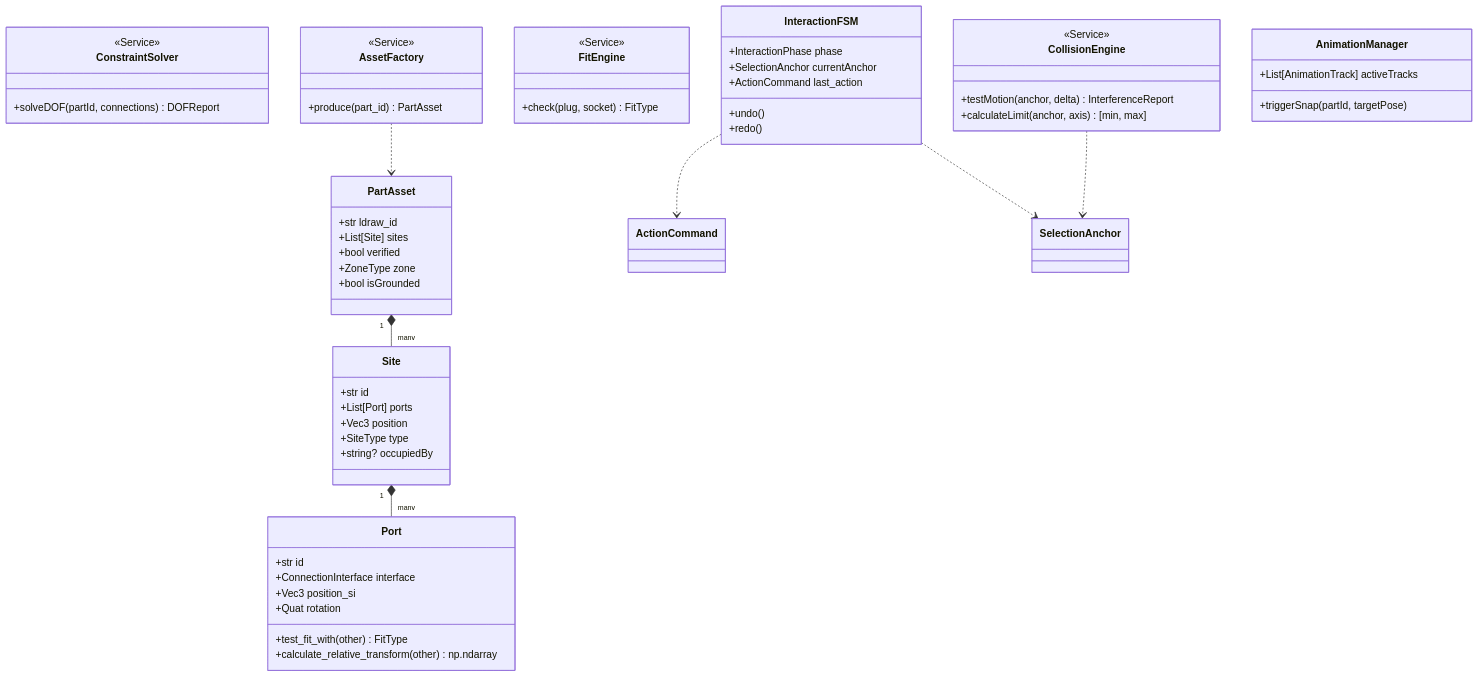
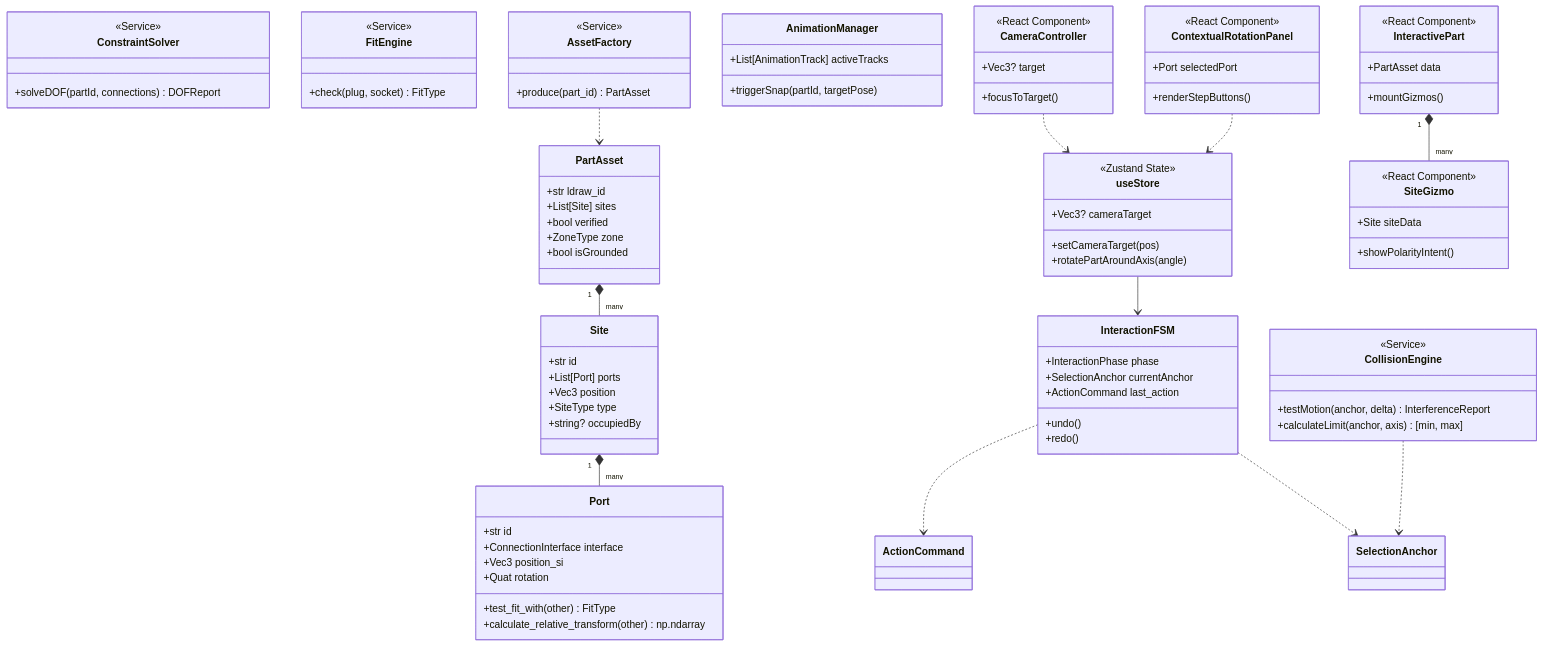
Before and after one commit to zhongchao-han/lego_cad_sim: the diagram in docs/02_system_design/03_class_diagram_design_specification.md, drawn with Mermaid. The commit also changed other lines of this file and 7 other files, not shown here.

Commit message:
feat(ux-test): complete full test coverage and implement frontend UX features (Auto-Frame & Rotation Panel)

````diff
--- a/docs/02_system_design/03_class_diagram_design_specification.md
+++ b/docs/02_system_design/03_class_diagram_design_specification.md
@@ -71,6 +71,38 @@
         +triggerSnap(partId, targetPose)
     }
 
+    %% --- UX 与组件视图层 (Frontend Components) ---
+    class useStore {
+        <<Zustand State>>
+        +Vec3? cameraTarget
+        +setCameraTarget(pos)
+        +rotatePartAroundAxis(angle)
+    }
+
+    class CameraController {
+        <<React Component>>
+        +Vec3? target
+        +focusToTarget()
+    }
+
+    class ContextualRotationPanel {
+        <<React Component>>
+        +Port selectedPort
+        +renderStepButtons()
+    }
+
+    class SiteGizmo {
+        <<React Component>>
+        +Site siteData
+        +showPolarityIntent()
+    }
+
+    class InteractivePart {
+        <<React Component>>
+        +PartAsset data
+        +mountGizmos()
+    }
+
     %% --- 关系定义 ---
     PartAsset "1" *-- "many" Site
     Site "1" *-- "many" Port
@@ -78,4 +110,8 @@
     InteractionFSM ..> SelectionAnchor
     CollisionEngine ..> SelectionAnchor
     AssetFactory ..> PartAsset
+    useStore --> InteractionFSM
+    CameraController ..> useStore
+    ContextualRotationPanel ..> useStore
+    InteractivePart "1" *-- "many" SiteGizmo
 ```
````
